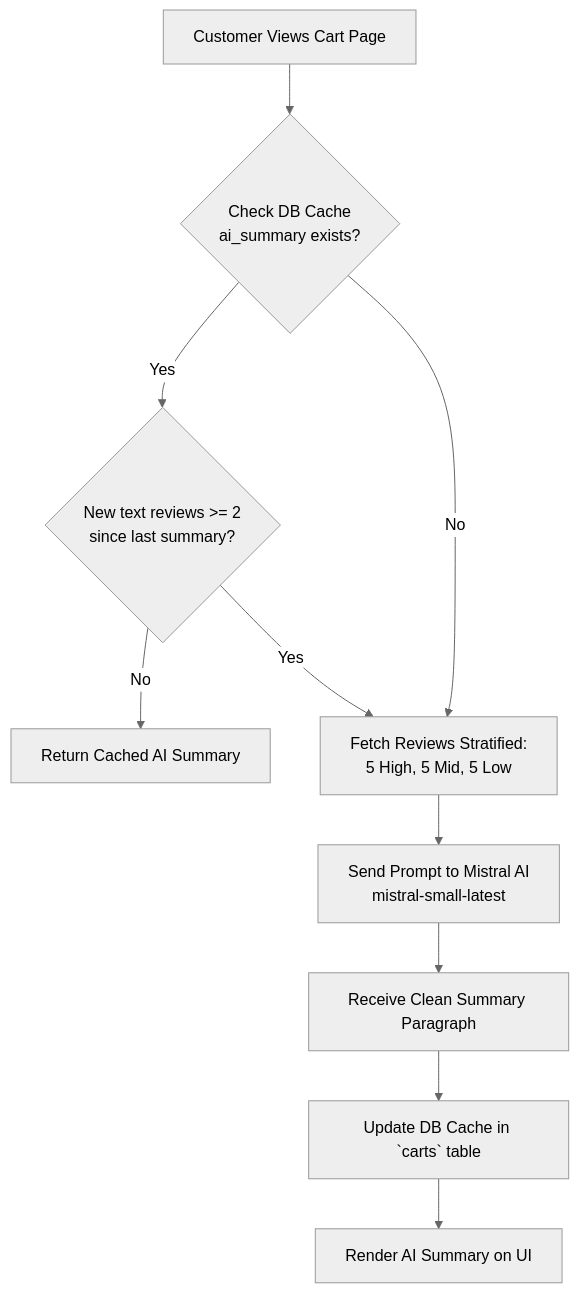
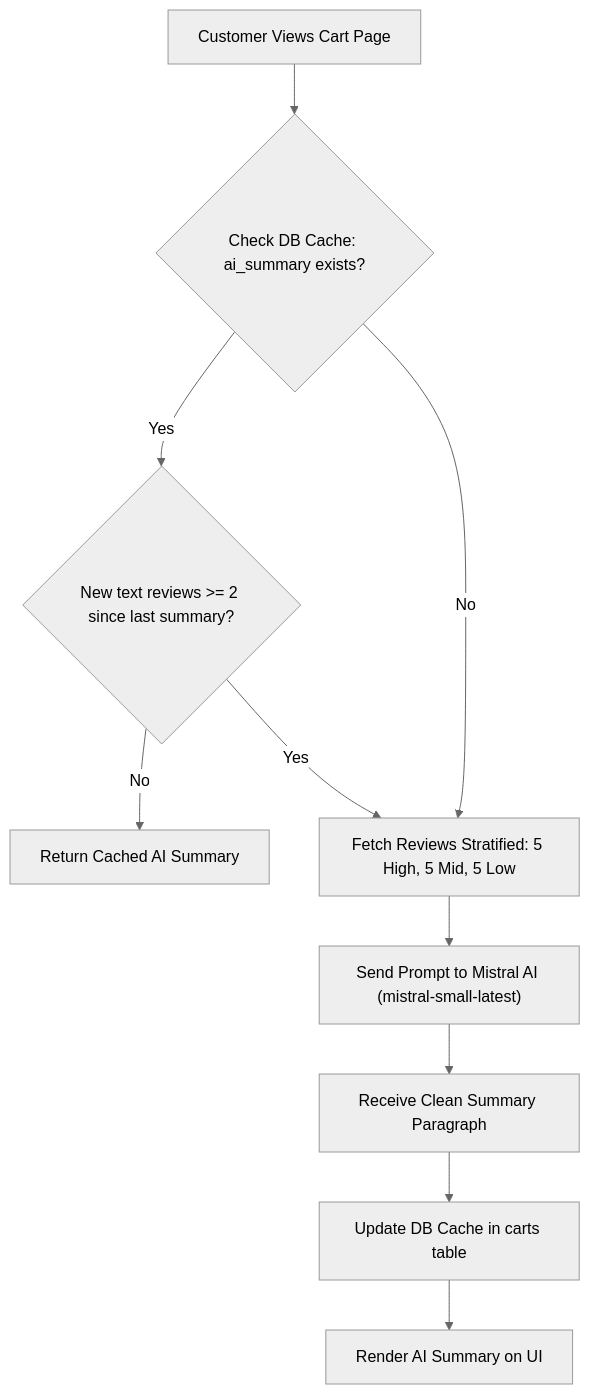
Before and after one commit to Mostofa-Hasin-Mahdi/CartKoi: the first of 3 diagrams in README.md, drawn with Mermaid (neutral theme). The commit also changed other lines of this file, not shown here.

Commit message:
update mistrai ai flow map in readme

````diff
--- a/README.md
+++ b/README.md
@@ -146,12 +146,12 @@
 ```mermaid
 flowchart TD
-    A[Customer Views Cart Page] --> B{Check DB Cache\nai_summary exists?}
-    B -- Yes --> C{New text reviews >= 2\nsince last summary?}
-    C -- No --> D[Return Cached AI Summary]
-    C -- Yes --> E[Fetch Reviews Stratified:\n5 High, 5 Mid, 5 Low]
+    A["Customer Views Cart Page"] --> B{"Check DB Cache: ai_summary exists?"}
+    B -- Yes --> C{"New text reviews >= 2 since last summary?"}
+    C -- No --> D["Return Cached AI Summary"]
+    C -- Yes --> E["Fetch Reviews Stratified: 5 High, 5 Mid, 5 Low"]
     B -- No --> E
-    E --> F[Send Prompt to Mistral AI\nmistral-small-latest]
-    F --> G[Receive Clean Summary Paragraph]
-    G --> H[Update DB Cache in `carts` table]
-    H --> I[Render AI Summary on UI]
+    E --> F["Send Prompt to Mistral AI (mistral-small-latest)"]
+    F --> G["Receive Clean Summary Paragraph"]
+    G --> H["Update DB Cache in carts table"]
+    H --> I["Render AI Summary on UI"]
 ```
````
